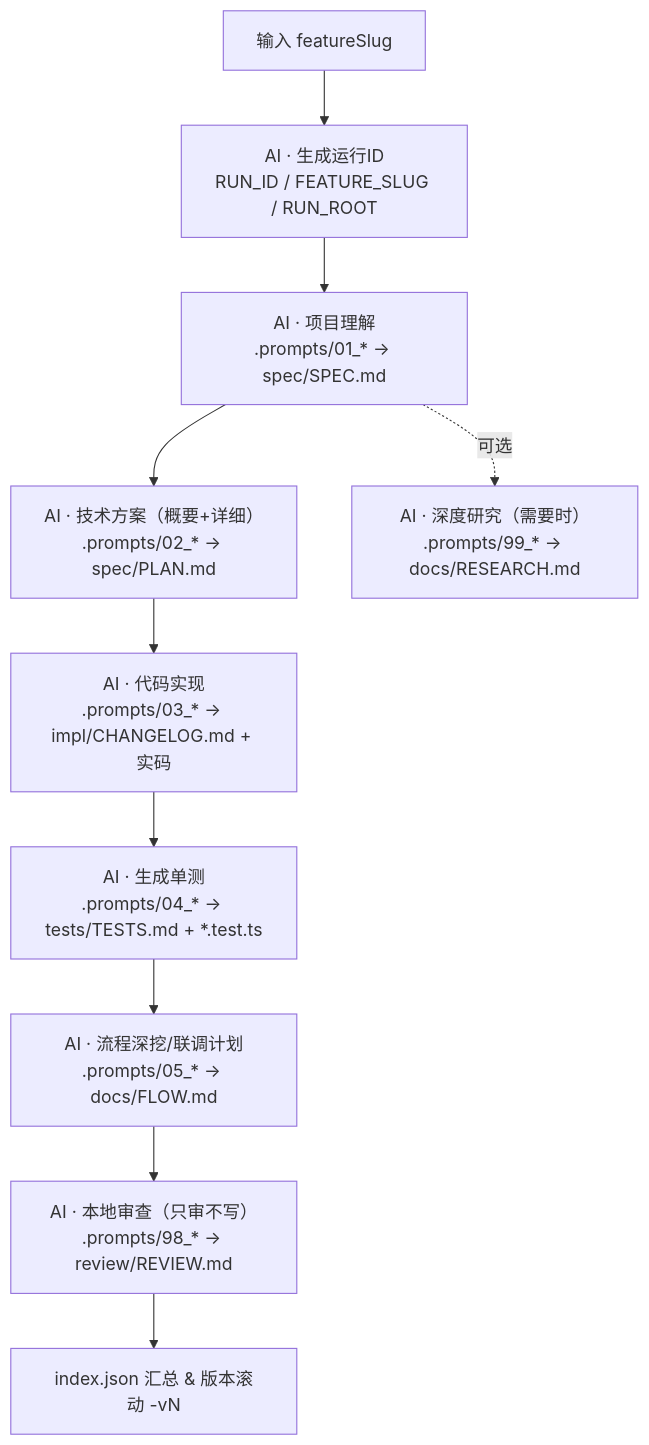
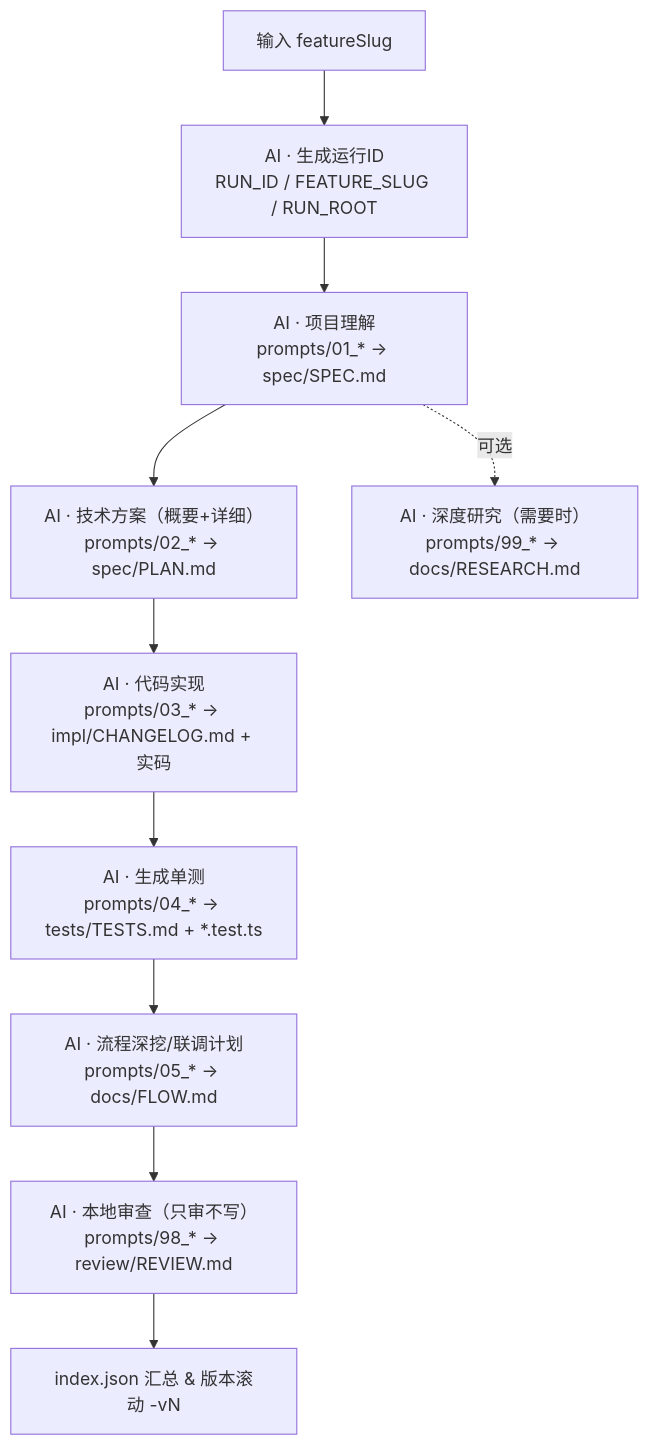
The diagram in README.md (bigkrys/AiCodeWorkFlow), drawn with Mermaid before and after one commit. The commit also changed other lines of this file and 1 other file, not shown here.

Commit message:
fix: update promts route name

````diff
--- a/README.md
+++ b/README.md
@@ -19,12 +19,12 @@
 ```mermaid
 flowchart TD
   A[输入 featureSlug] --> B[AI · 生成运行ID<br/>RUN_ID / FEATURE_SLUG / RUN_ROOT]
-  B --> C[AI · 项目理解<br/>.prompts/01_* → spec/SPEC.md]
-  C --> D[AI · 技术方案（概要+详细）<br/>.prompts/02_* → spec/PLAN.md]
-  D --> E[AI · 代码实现<br/>.prompts/03_* → impl/CHANGELOG.md + 实码]
-  E --> F[AI · 生成单测<br/>.prompts/04_* → tests/TESTS.md + *.test.ts]
-  F --> G[AI · 流程深挖/联调计划<br/>.prompts/05_* → docs/FLOW.md]
-  G --> H[AI · 本地审查（只审不写）<br/>.prompts/98_* → review/REVIEW.md]
-  C -. 可选 .-> R[AI · 深度研究（需要时）<br/>.prompts/99_* → docs/RESEARCH.md]
+  B --> C[AI · 项目理解<br/>prompts/01_* → spec/SPEC.md]
+  C --> D[AI · 技术方案（概要+详细）<br/>prompts/02_* → spec/PLAN.md]
+  D --> E[AI · 代码实现<br/>prompts/03_* → impl/CHANGELOG.md + 实码]
+  E --> F[AI · 生成单测<br/>prompts/04_* → tests/TESTS.md + *.test.ts]
+  F --> G[AI · 流程深挖/联调计划<br/>prompts/05_* → docs/FLOW.md]
+  G --> H[AI · 本地审查（只审不写）<br/>prompts/98_* → review/REVIEW.md]
+  C -. 可选 .-> R[AI · 深度研究（需要时）<br/>prompts/99_* → docs/RESEARCH.md]
   H --> Z[index.json 汇总 & 版本滚动 -vN]
 ```
````
